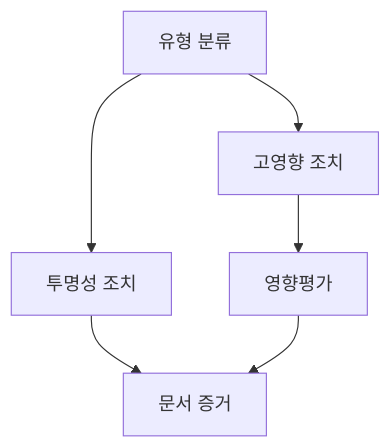
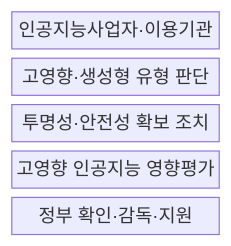
One commit to agnusdei1207/knowledge-base changed the first of 2 diagrams in src/content/docs/notes/07-law-policy/028_ai_basic_act.md. Above: the diagram before and after it, drawn with Mermaid. The commit also changed other lines of this file and 9 other files, not shown here.

````diff
--- a/src/content/docs/notes/07-law-policy/028_ai_basic_act.md
+++ b/src/content/docs/notes/07-law-policy/028_ai_basic_act.md
@@ -53,8 +52,9 @@
 ```mermaid
-flowchart TD
-    유형_분류["유형 분류"] --> 고영향_조치["고영향 조치"]
-    유형_분류 --> 투명성_조치["투명성 조치"]
-    고영향_조치 --> 영향평가["영향평가"]
-    투명성_조치 --> 문서_증거["문서 증거"]
-    영향평가 --> 문서_증거
+block-beta
+    columns 1
+    A["인공지능사업자·이용기관"]
+    B["고영향·생성형 유형 판단"]
+    C["투명성·안전성 확보 조치"]
+    D["고영향 인공지능 영향평가"]
+    E["정부 확인·감독·지원"]
 ```
````
